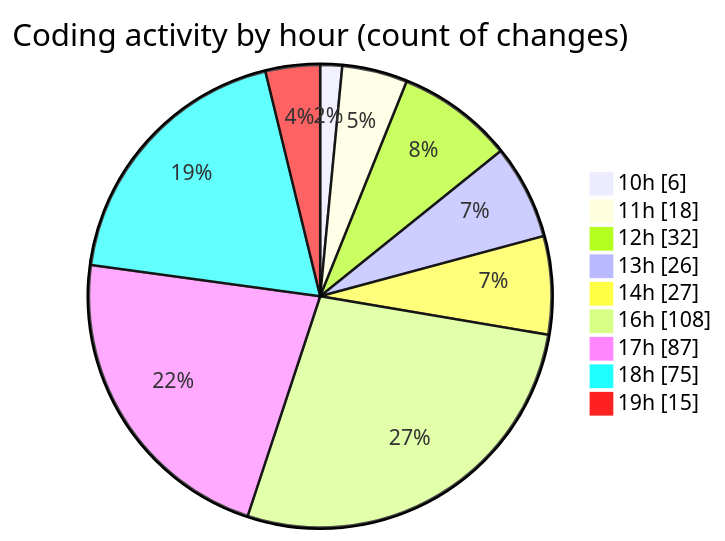
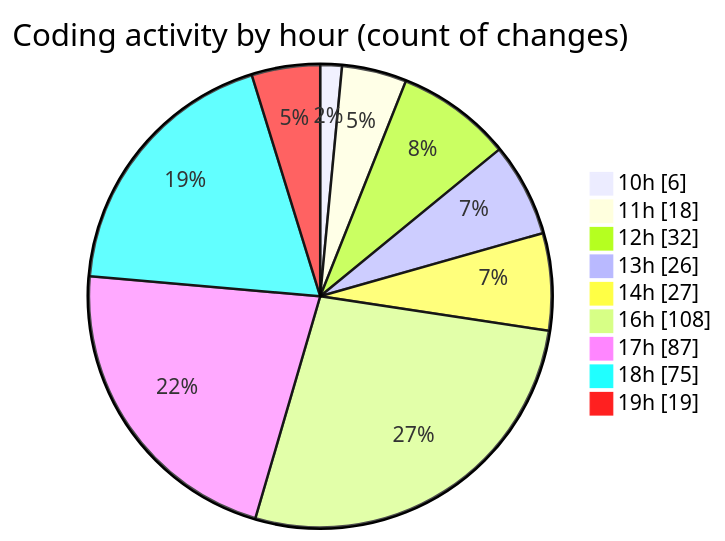
One commit to momahboobian/code-tracking changed the second of 2 diagrams in 2026-09-03/cda/README.md. Above: the diagram before and after it, drawn with Mermaid. The commit also changed other lines of this file and 1 other file, not shown here.

````diff
--- a/2026-09-03/cda/README.md
+++ b/2026-09-03/cda/README.md
@@ -130,13 +131,13 @@
 ```mermaid
 pie showData
 title Coding activity by hour (count of changes)
 "10h" : 6
 "11h" : 18
 "12h" : 32
 "13h" : 26
 "14h" : 27
 "16h" : 108
 "17h" : 87
 "18h" : 75
-"19h" : 15
+"19h" : 19
 ```
````
